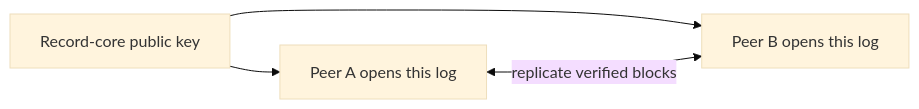
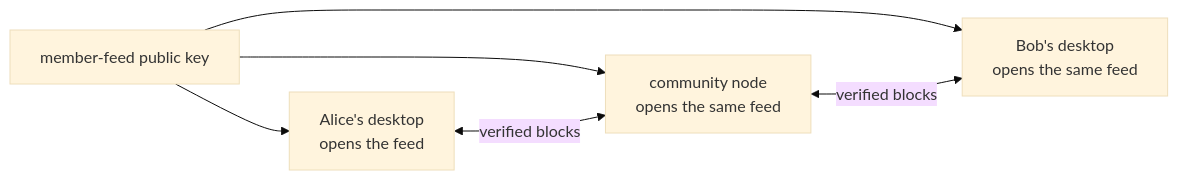
Before and after one commit to matthewlovestocode/peer-hours: the diagram in docs/education/18-hypercore-key.md, drawn with Mermaid (base theme). The commit also changed other lines of this file and 62 other files, not shown here.

````diff
--- a/docs/education/18-hypercore-key.md
+++ b/docs/education/18-hypercore-key.md
@@ -15,6 +5,8 @@
 ```mermaid
 flowchart LR
-  K["Record-core public key"] --> A["Peer A opens this log"]
-  K --> B["Peer B opens this log"]
-  A <-->|"replicate verified blocks"| B
+  K["member-feed public key"] --> A["Alice's desktop\nopens the feed"]
+  K --> N["community node\nopens the same feed"]
+  K --> B["Bob's desktop\nopens the same feed"]
+  A <-->|"verified blocks"| N
+  N <-->|"verified blocks"| B
 ```
````
